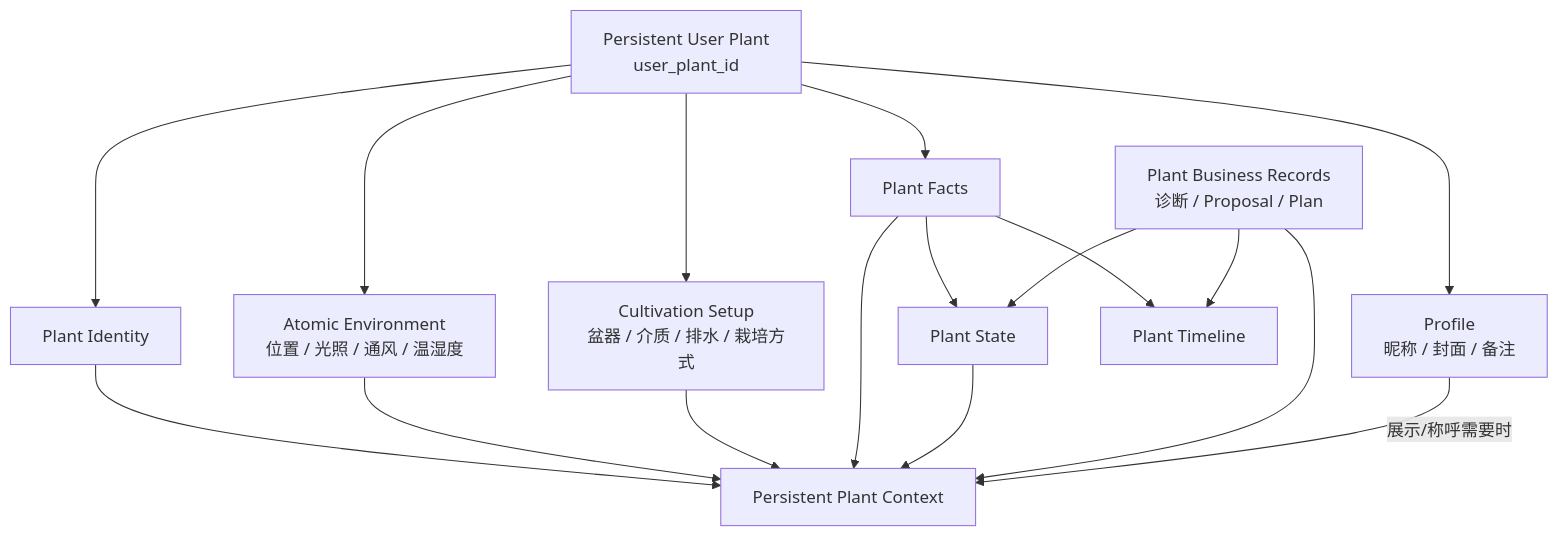
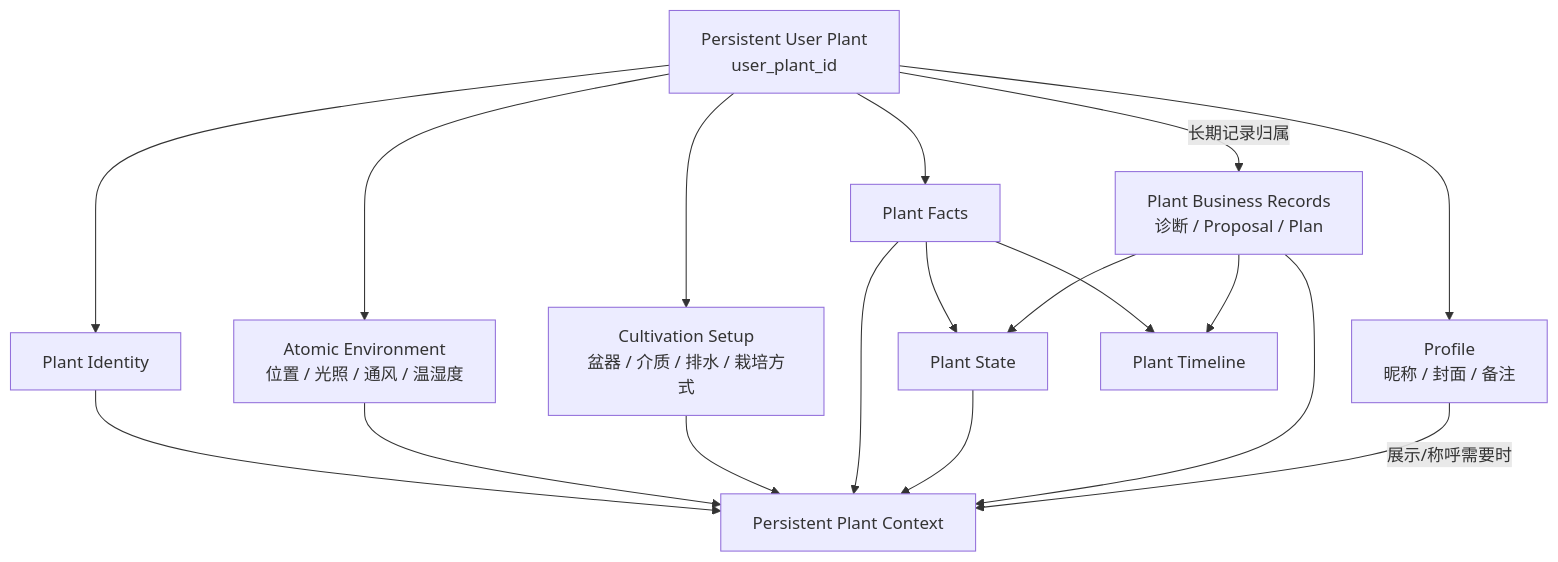
One commit to dang0705/planting changed the sixth of 22 diagrams in docs/backend-v2/architecture/business-domain-layers.md. Above: the diagram before and after it, drawn with Mermaid. The commit also changed other lines of this file and 9 other files, not shown here.

````diff
--- a/docs/backend-v2/architecture/business-domain-layers.md
+++ b/docs/backend-v2/architecture/business-domain-layers.md
@@ -232,30 +240,31 @@
 ```mermaid
 flowchart TB
   plant["Persistent User Plant<br/>user_plant_id"]
   profile["Profile<br/>昵称 / 封面 / 备注"]
   identity["Plant Identity"]
   env["Atomic Environment<br/>位置 / 光照 / 通风 / 温湿度"]
   cult["Cultivation Setup<br/>盆器 / 介质 / 排水 / 栽培方式"]
   facts["Plant Facts"]
   records["Plant Business Records<br/>诊断 / Proposal / Plan"]
   state["Plant State"]
   timeline["Plant Timeline"]
   ctx["Persistent Plant Context"]
 
   plant --> profile
   plant --> identity
   plant --> env
   plant --> cult
   plant --> facts
+  plant -->|长期记录归属| records
   facts --> state
   records --> state
   facts --> timeline
   records --> timeline
   identity --> ctx
   env --> ctx
   cult --> ctx
   facts --> ctx
   state --> ctx
   records --> ctx
   profile -->|展示/称呼需要时| ctx
 ```
````
